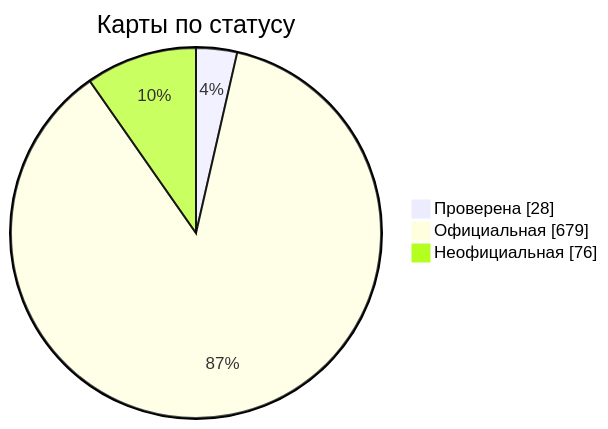
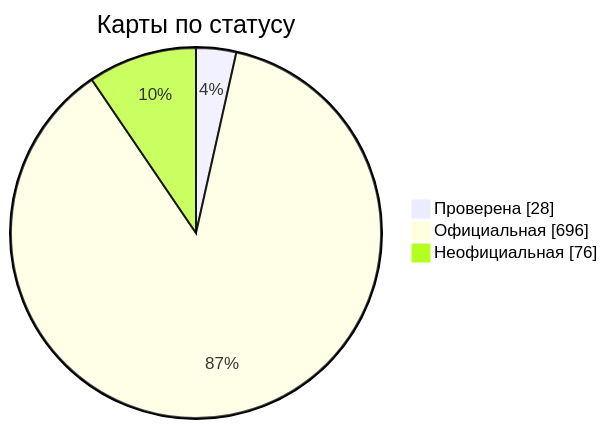
One commit to nobrega8/mbmap-library changed the diagram in docs/readme/README_RU.md. Above: the diagram before and after it, drawn with Mermaid. The commit also changed 22 other files, not shown here.

````diff
--- a/docs/readme/README_RU.md
+++ b/docs/readme/README_RU.md
@@ -54,7 +54,7 @@
 ```mermaid
 pie showData
     title Карты по статусу
     "Проверена" : 28
-    "Официальная" : 679
+    "Официальная" : 696
     "Неофициальная" : 76
 ```
````
